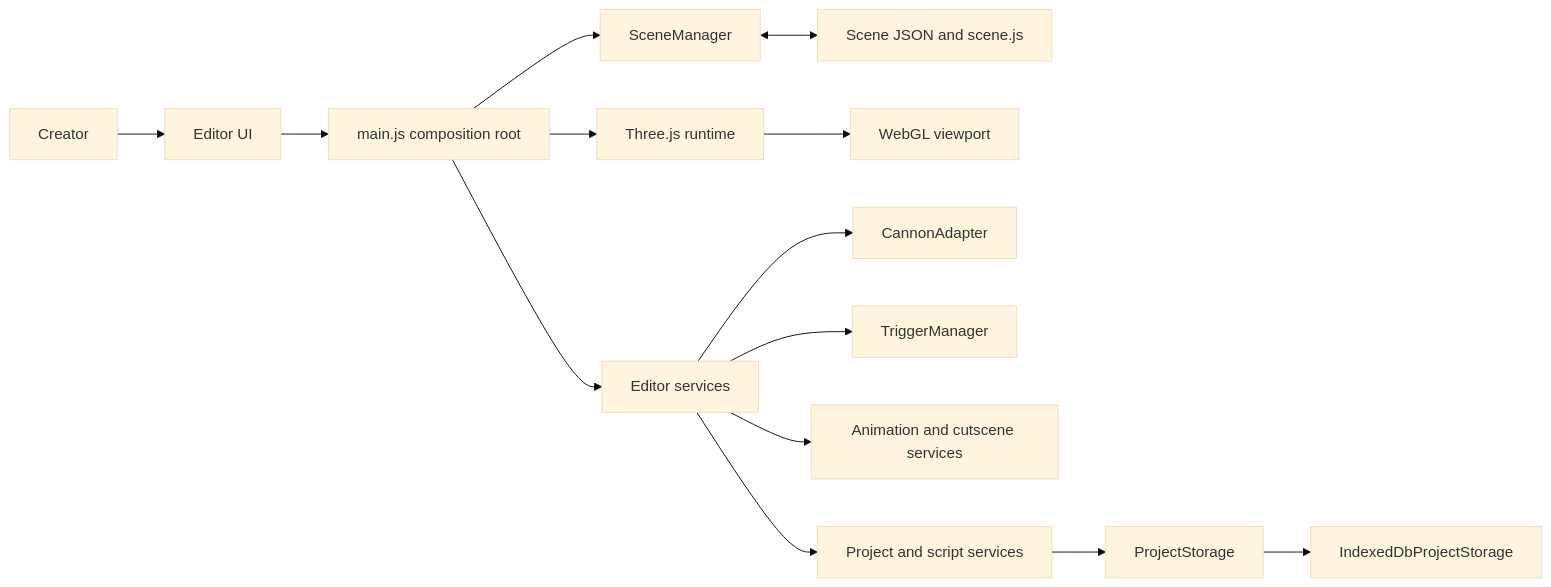
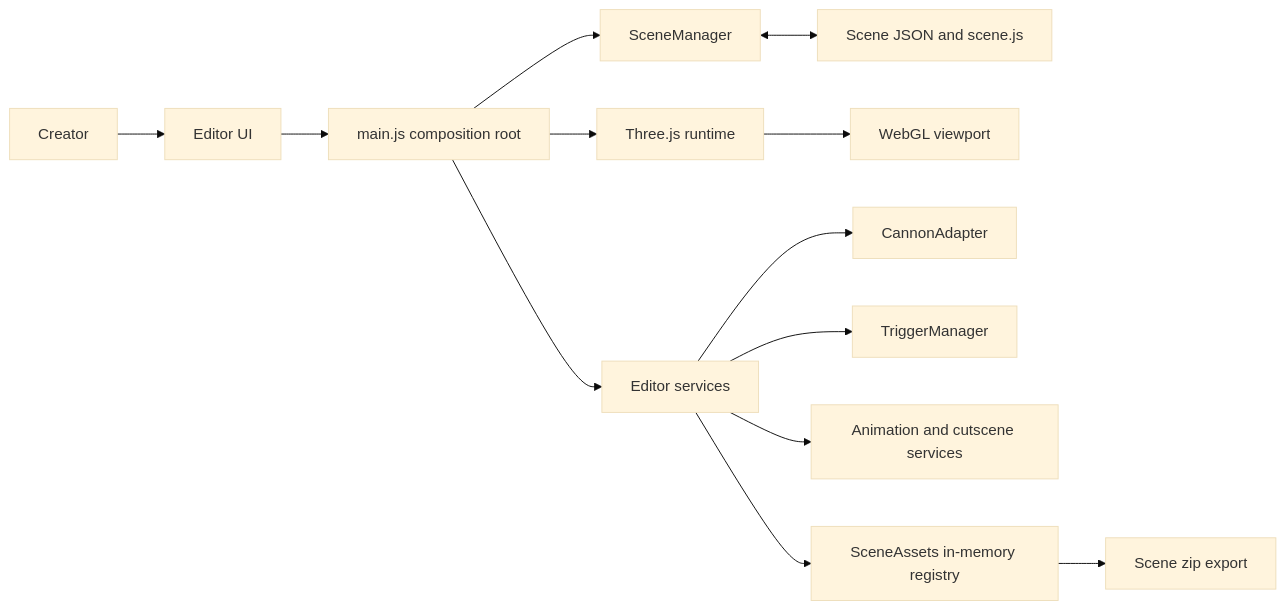
One commit to XalebXEn99/3ditorJS changed the first of 5 diagrams in docs/ARCHITECTURE.md. Above: the diagram before and after it, drawn with Mermaid (base theme). The commit also changed other lines of this file and 28 other files, not shown here.

````diff
--- a/docs/ARCHITECTURE.md
+++ b/docs/ARCHITECTURE.md
@@ -28,16 +25,15 @@
 ```mermaid
 flowchart LR
   User[Creator] --> UI[Editor UI]
   UI --> Core[main.js composition root]
   Core --> Scene[SceneManager]
   Core --> Runtime[Three.js runtime]
   Core --> Services[Editor services]
   Scene <--> Bridge[Scene JSON and scene.js]
   Runtime --> Viewport[WebGL viewport]
   Services --> Physics[CannonAdapter]
   Services --> Triggers[TriggerManager]
   Services --> Animation[Animation and cutscene services]
-  Services --> Projects[Project and script services]
-  Projects --> Storage[ProjectStorage]
-  Storage --> IndexedDB[IndexedDbProjectStorage]
+  Services --> Assets[SceneAssets in-memory registry]
+  Assets --> Export[Scene zip export]
 ```
````
